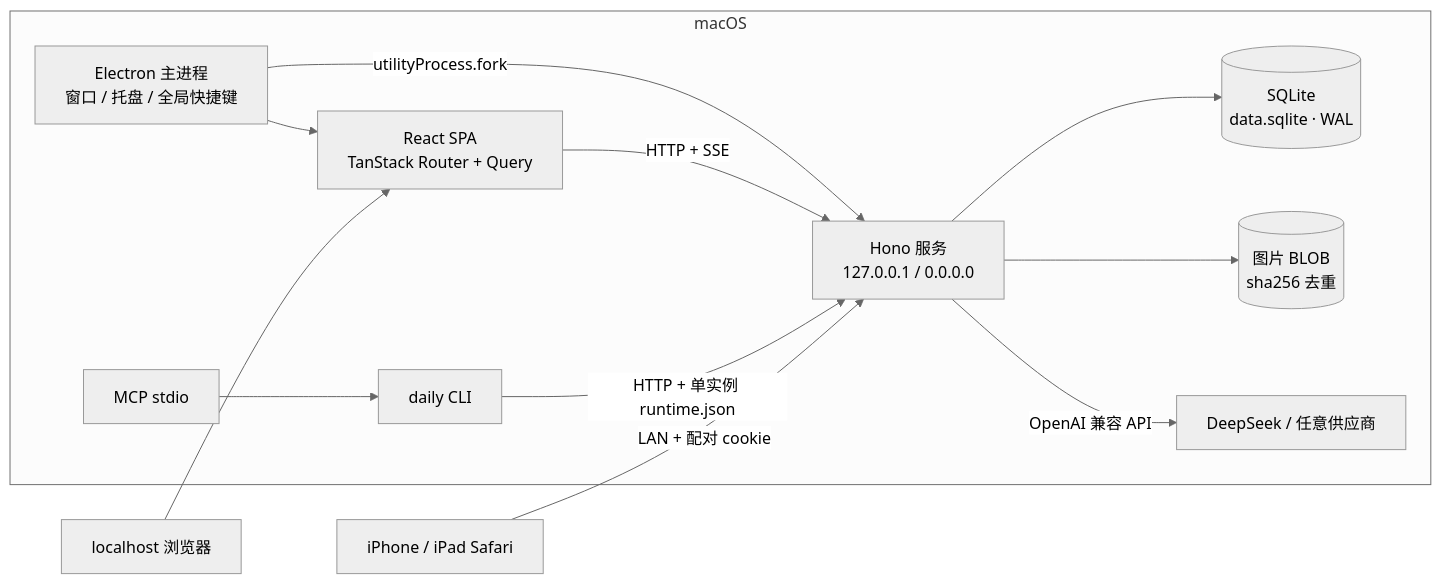
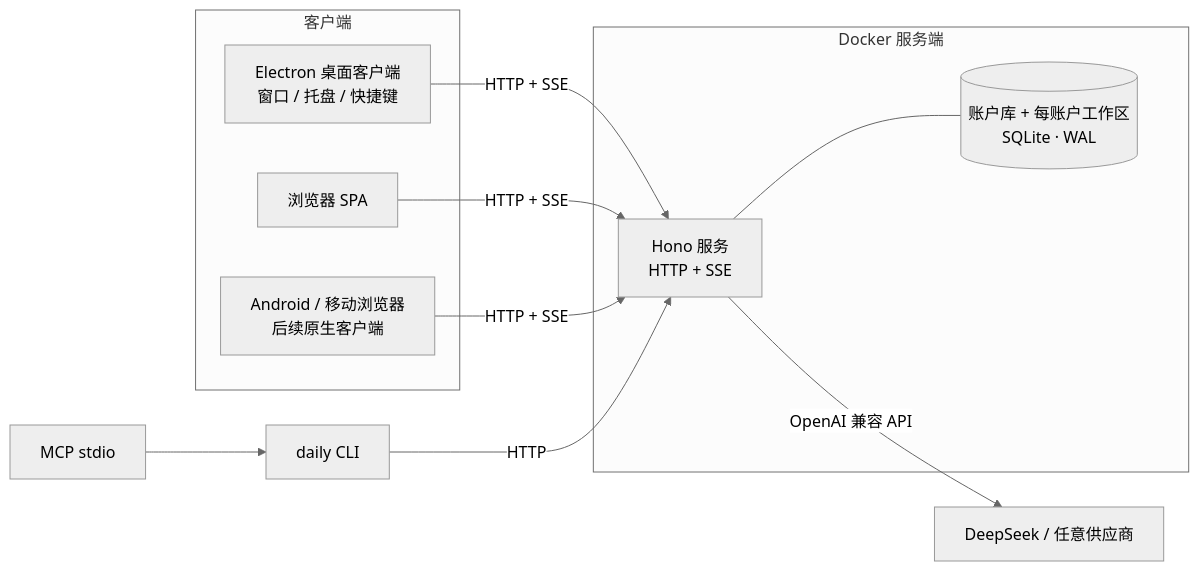
The diagram in docs/01-architecture/overview.md (inezhi/dailywork), drawn with Mermaid (neutral theme) before and after one commit. The commit also changed other lines of this file and 10 other files, not shown here.

First line of the commit message:
docs: describe the single-server multi-client architecture

````diff
--- a/docs/01-architecture/overview.md
+++ b/docs/01-architecture/overview.md
@@ -7,15 +7,19 @@
 ```mermaid
 flowchart LR
-  subgraph Mac["macOS"]
-    E["Electron 主进程<br/>窗口 / 托盘 / 全局快捷键"] --> W["React SPA<br/>TanStack Router + Query"]
-    E -->|"utilityProcess.fork"| S["Hono 服务<br/>127.0.0.1 / 0.0.0.0"]
-    W -->|"HTTP + SSE"| S
-    S --> DB[("SQLite<br/>data.sqlite · WAL")]
-    S --> B[("图片 BLOB<br/>sha256 去重")]
-    CLI["daily CLI"] -->|"HTTP + 单实例 runtime.json"| S
-    MCP["MCP stdio"] --> CLI
-    S -->|"OpenAI 兼容 API"| LLM["DeepSeek / 任意供应商"]
+  subgraph Clients["客户端"]
+    E["Electron 桌面客户端<br/>窗口 / 托盘 / 快捷键"]
+    B["浏览器 SPA"]
+    A["Android / 移动浏览器<br/>后续原生客户端"]
   end
-  PHONE["iPhone / iPad Safari"] -->|"LAN + 配对 cookie"| S
-  BROWSER["localhost 浏览器"] --> W
+  subgraph Server["Docker 服务端"]
+    S["Hono 服务<br/>HTTP + SSE"]
+    DB[("账户库 + 每账户工作区<br/>SQLite · WAL")]
+    S --- DB
+  end
+  E -->|"HTTP + SSE"| S
+  B -->|"HTTP + SSE"| S
+  A -->|"HTTP + SSE"| S
+  CLI["daily CLI"] -->|"HTTP"| S
+  MCP["MCP stdio"] --> CLI
+  S -->|"OpenAI 兼容 API"| LLM["DeepSeek / 任意供应商"]
 ```
````
